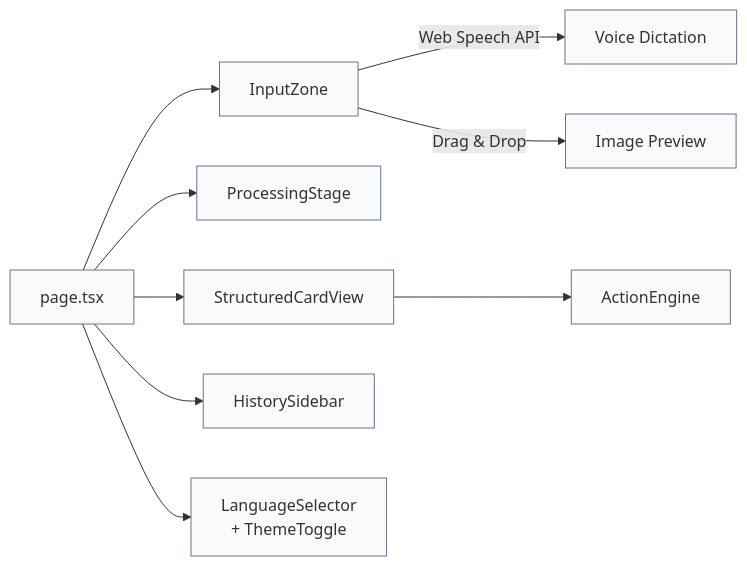
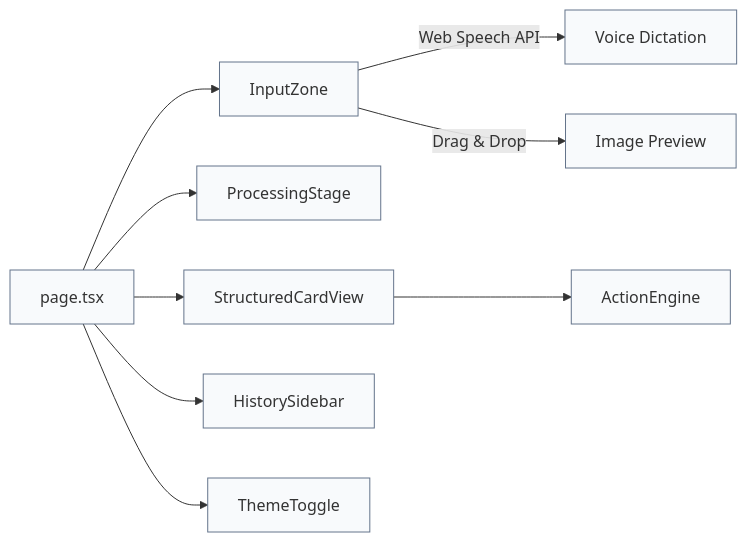
One commit to DecentralizedJM/PromptWar changed the third of 3 diagrams in README.md. Above: the diagram before and after it, drawn with Mermaid. The commit also changed other lines of this file and 15 other files, not shown here.

````diff
--- a/README.md
+++ b/README.md
@@ -137,13 +137,13 @@
 ```mermaid
 graph LR
     classDef comp fill:#f8fafc,stroke:#64748b,stroke-width:1px
 
     Page["page.tsx"]:::comp --> InputZone:::comp
     Page --> ProcessingStage:::comp
     Page --> StructuredCardView:::comp
     Page --> HistorySidebar:::comp
-    Page --> LanguageSelector["LanguageSelector<br/>+ ThemeToggle"]:::comp
+    Page --> ThemeToggle["ThemeToggle"]:::comp
     StructuredCardView --> ActionEngine:::comp
     InputZone -->|"Web Speech API"| VoiceInput["Voice Dictation"]:::comp
     InputZone -->|"Drag & Drop"| ImageInput["Image Preview"]:::comp
 ```
````
